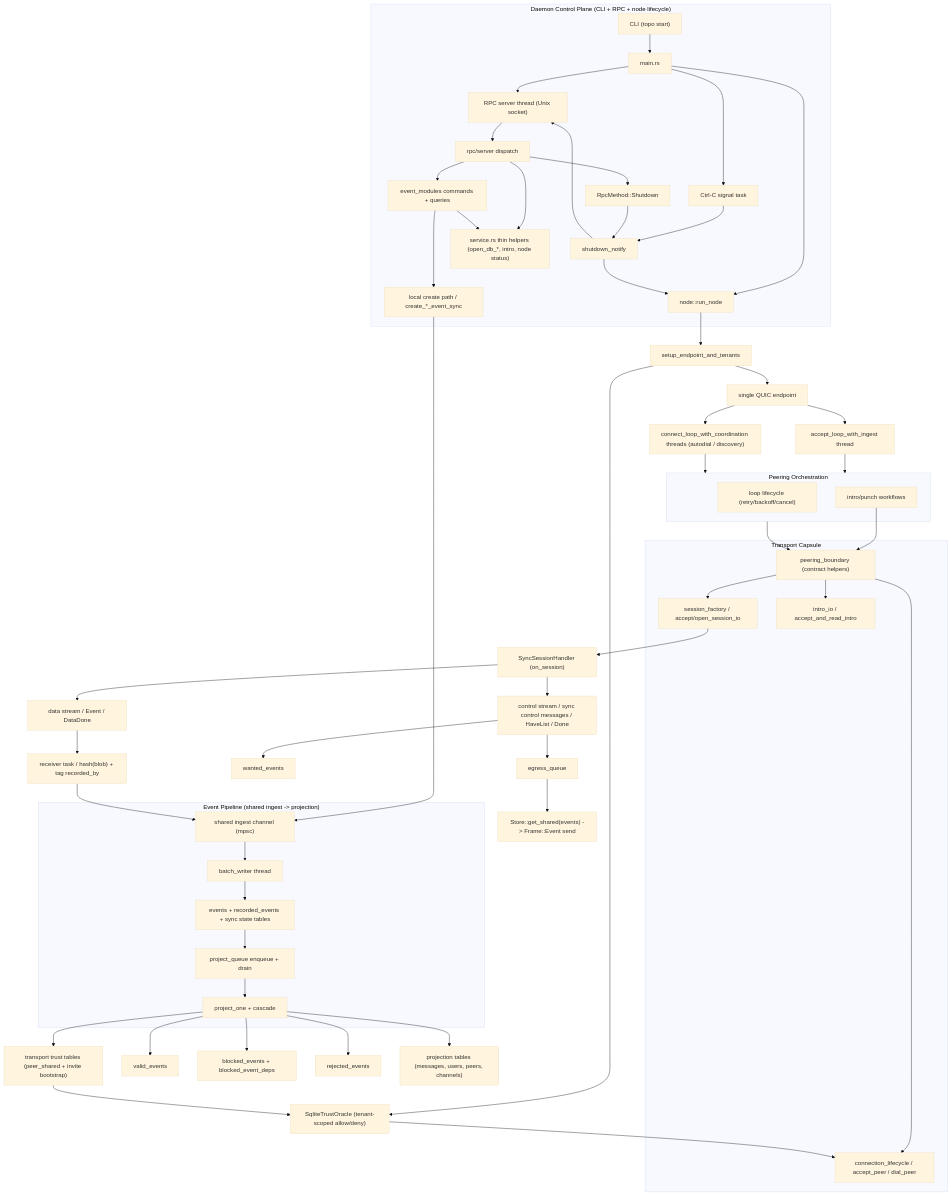
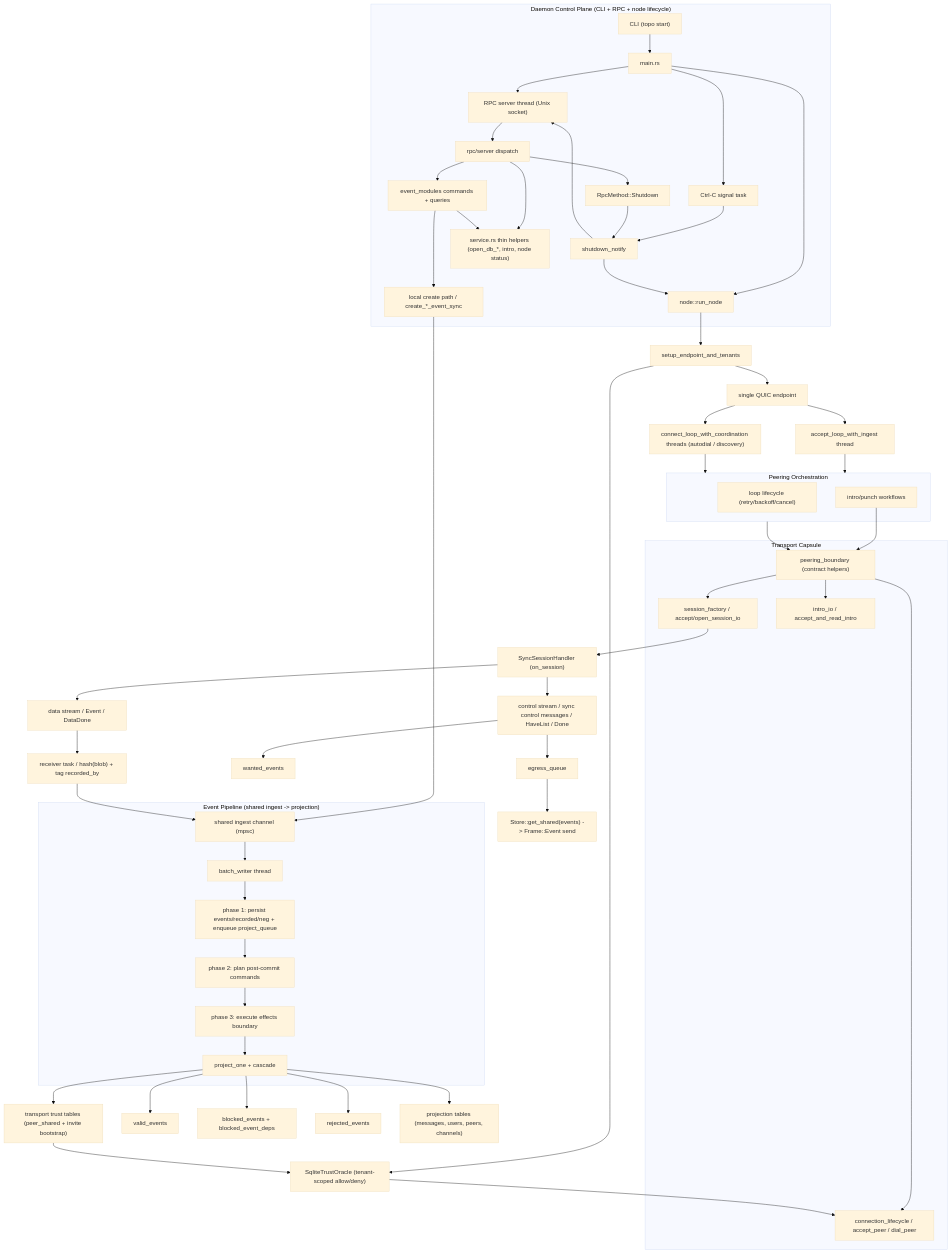
The fourth of 4 diagrams in docs/CURRENT_RUNTIME_DIAGRAM.md (holmesworcester/topo), drawn with Mermaid (base theme) before and after one commit. The commit also changed other lines of this file and 9 other files, not shown here.

````diff
--- a/docs/CURRENT_RUNTIME_DIAGRAM.md
+++ b/docs/CURRENT_RUNTIME_DIAGRAM.md
@@ -94,76 +96,77 @@
 ```mermaid
 flowchart TD
     subgraph CTRL["Daemon Control Plane (CLI + RPC + node lifecycle)"]
       CLI["CLI (topo start)"] --> MAIN["main.rs"]
       MAIN --> RPC["RPC server thread (Unix socket)"]
       MAIN --> NODE["node::run_node"]
       MAIN --> SIG["Ctrl-C signal task"]
       SIG --> SHUT_N["shutdown_notify"]
 
       RPC --> DISPATCH["rpc/server dispatch"]
       DISPATCH --> SHUT_REQ["RpcMethod::Shutdown"]
       SHUT_REQ --> SHUT_N
       DISPATCH --> EMQ["event_modules commands + queries"]
       DISPATCH --> SVC["service.rs thin helpers (open_db_*, intro, node status)"]
       EMQ --> SVC
       EMQ --> LOCAL["local create path / create_*_event_sync"]
     end
 
     NODE --> START["setup_endpoint_and_tenants"]
     START --> EP["single QUIC endpoint"]
     START --> TRUST["SqliteTrustOracle (tenant-scoped allow/deny)"]
 
     subgraph PIPE["Event Pipeline (shared ingest -> projection)"]
       LOCAL --> INGEST["shared ingest channel (mpsc)"]
       INGEST --> WRITER["batch_writer thread"]
-      WRITER --> STORE["events + recorded_events + sync state tables"]
-      STORE --> PROJ_Q["project_queue enqueue + drain"]
-      PROJ_Q --> PROJ["project_one + cascade"]
+      WRITER --> P1["phase 1: persist events/recorded/neg + enqueue project_queue"]
+      P1 --> P2["phase 2: plan post-commit commands"]
+      P2 --> P3["phase 3: execute effects boundary"]
+      P3 --> PROJ["project_one + cascade"]
     end
 
     EP --> ACCEPT["accept_loop_with_ingest thread"]
     EP --> CONNECT["connect_loop_with_coordination threads (autodial / discovery)"]
 
     ACCEPT --> ORCH
     CONNECT --> ORCH
 
     subgraph ORCH["Peering Orchestration"]
       CYCLE["loop lifecycle (retry/backoff/cancel)"]
       INTRO["intro/punch workflows"]
     end
 
     subgraph TRANS["Transport Capsule"]
       BOUND["peering_boundary (contract helpers)"]
       LIFE["connection_lifecycle / accept_peer / dial_peer"]
       FACT["session_factory / accept/open_session_io"]
       IIO["intro_io / accept_and_read_intro"]
     end
 
     ORCH --> BOUND
     INTRO --> BOUND
     BOUND --> LIFE
     BOUND --> FACT
     BOUND --> IIO
 
     FACT --> SYNC["SyncSessionHandler (on_session)"]
     SYNC --> CTRL_STREAM["control stream / sync control messages / HaveList / Done"]
     SYNC --> DATA["data stream / Event / DataDone"]
 
     CTRL_STREAM --> WANT["wanted_events"]
     CTRL_STREAM --> EGRESS["egress_queue"]
     EGRESS --> SEND["Store::get_shared(events) -> Frame::Event send"]
 
     DATA --> RECV["receiver task / hash(blob) + tag recorded_by"]
     RECV --> INGEST
 
     PROJ --> VALID["valid_events"]
     PROJ --> BLOCKED["blocked_events + blocked_event_deps"]
     PROJ --> REJECTED["rejected_events"]
     PROJ --> READS["projection tables (messages, users, peers, channels)"]
     PROJ --> TRUST_DB["transport trust tables (peer_shared + invite bootstrap)"]
 
     TRUST_DB --> TRUST
     TRUST --> LIFE
     SHUT_N --> NODE
     SHUT_N --> RPC
 ```
````
